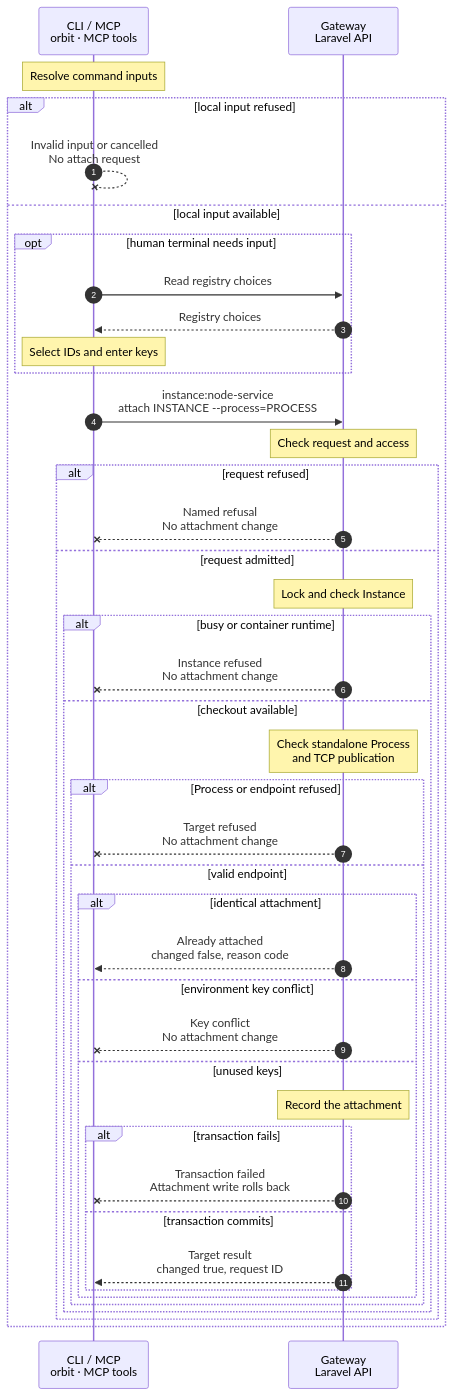
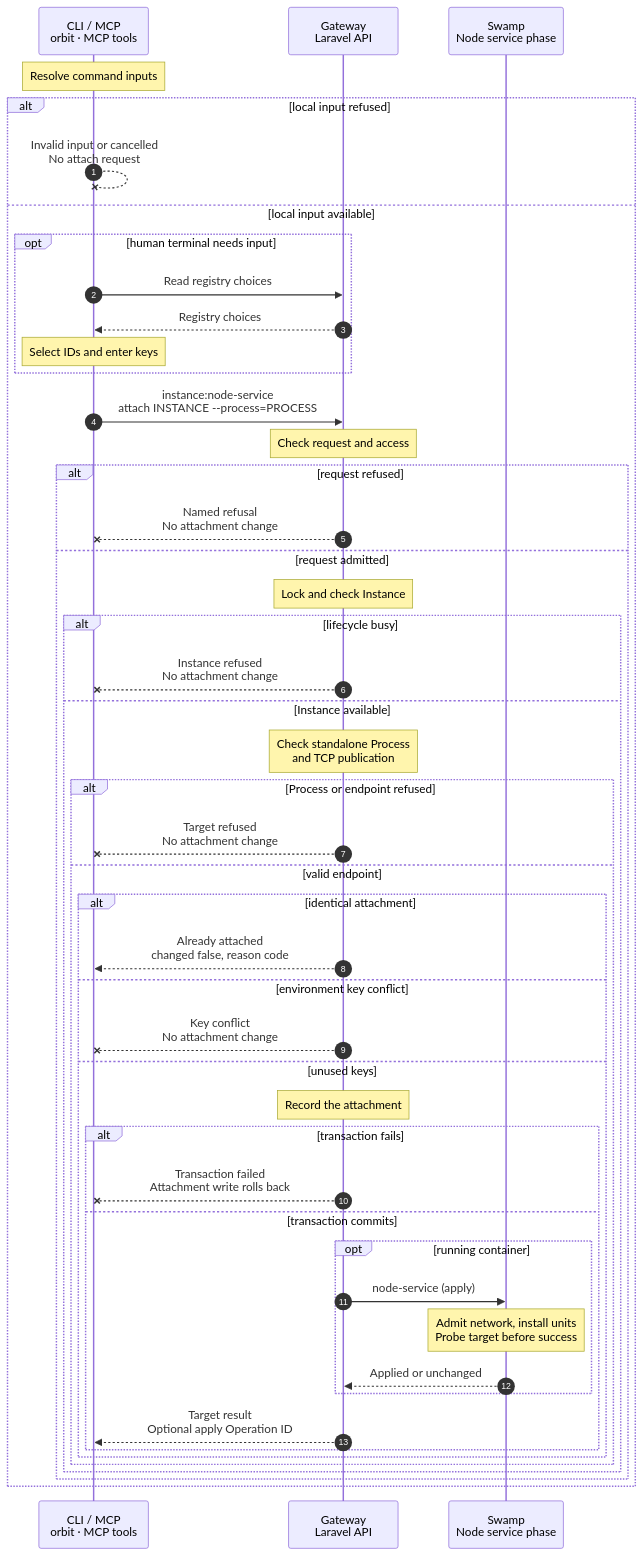
The diagram in docs/cli/instance/node-service-attach.mmd (hardimpactdev/orbit), drawn with Mermaid before and after one commit. The commit also changed 5 other files, not shown here.

Commit message:
docs: specify scoped Node service target access

```diff
--- a/docs/cli/instance/node-service-attach.mmd
+++ b/docs/cli/instance/node-service-attach.mmd
@@ -1,77 +1,84 @@
 sequenceDiagram
-  %% Record-only attachment: recorded Process intent, no Node execution.
+  %% Recorded attachment; a container applies its own network and loopback proxy.
   %% status: draft
   %% command: instance:node-service:attach
   %% kind: instance.node_service_attach
   autonumber
   %% lane CLI icon=terminal pill=caller tone=gray
   %% lane GW icon=gateway pill=intent tone=blue
   participant CLI as CLI / MCP<br/>orbit · MCP tools
   participant GW as Gateway<br/>Laravel API
+  participant SW as Swamp<br/>Node service phase
   Note over CLI: Resolve command inputs
   alt local input refused
     CLI--xCLI: Invalid input or cancelled<br/>No attach request
     %%> On failure:
     %%> - instance.id_invalid refuses an invalid supplied or missing noninteractive Instance ID, or an empty Instance list after the registry GET; no mutation request is sent.
     %%> - instance.node_service_process_required refuses a missing noninteractive Process ID, or an empty Node Process list after its registry GET; no mutation request is sent.
     %%> - instance.node_service_host_key_required and instance.node_service_port_key_required refuse omitted key names only in JSON or noninteractive mode.
     %%> - validation.failed refuses an invalid supplied Process ID or port, including an explicitly empty port.
     %%> - input.cancelled ends a cancelled terminal selection or text prompt before mutation.
     %%> - State stays unchanged. Invalid supplied IDs or port and missing noninteractive inputs send no request. Terminal cancellation or empty choices can follow registry reads.
   else local input available
     opt human terminal needs input
       CLI->>GW: Read registry choices
       GW-->>CLI: Registry choices
       Note over CLI: Select IDs and enter keys
       %%> When:
       %%> - Omitted IDs use registry data lists; omitted environment keys use validated text prompts. Reads may refuse without an attachment change.
     end
     CLI->>GW: instance:node-service<br/>attach INSTANCE --process=PROCESS
     %%> Command:
     %%> - orbit instance:node-service:attach INSTANCE --process=PROCESS --host-env-key=KEY --port-env-key=KEY
     %%> - syntax: instance:node-service:attach
     Note over GW: Check request and access
     %%> On failure:
     %%> - peer.identity_unknown, node_access.required or http.404 refuses the caller or numeric Instance.
     %%> - validation.failed refuses invalid body fields or environment keys.
     alt request refused
       GW--xCLI: Named refusal<br/>No attachment change
     else request admitted
       Note over GW: Lock and check Instance
-      alt busy or container runtime
+      alt lifecycle busy
         GW--xCLI: Instance refused<br/>No attachment change
         %%> On failure:
         %%> - instance.lifecycle_busy refuses an inactive Instance, running migration or detach.
-        %%> - instance.node_service_runtime_unsupported refuses an existing container runtime.
-      else checkout available
+      else Instance available
         Note over GW: Check standalone Process<br/>and TCP publication
         %%> Why:
         %%> - Admission uses recorded ownership, desired state and Docker publication; it contacts no Node.
         alt Process or endpoint refused
           GW--xCLI: Target refused<br/>No attachment change
           %%> On failure:
           %%> - instance.node_service_process_missing, instance.node_service_remote_node and instance.node_service_process_owned refuse an unknown, non-Node, remote or service-owned Process.
           %%> - instance.node_service_protocol_unsupported and instance.node_service_process_stopped refuse non-TCP or desired-stopped targets.
           %%> - instance.node_service_port_required and instance.node_service_port_unpublished refuse an omitted choice among several ports or an unpublished TCP host port.
           %%> - instance.node_service_port_reserved, instance.host_unavailable and instance.node_service_listener_private refuse infrastructure ports, a missing bridge or private-only binding.
         else valid endpoint
           alt identical attachment
             GW-->>CLI: Already attached<br/>changed false, reason code
             %%> When:
             %%> - The Process, port and both keys match the existing record; its stable skip reason is instance.node_service_target_unchanged.
           else environment key conflict
             GW--xCLI: Key conflict<br/>No attachment change
             %%> On failure:
             %%> - instance.node_service_environment_conflict requires detaching the old record before a correction.
           else unused keys
             Note over GW: Record the attachment
             alt transaction fails
               GW--xCLI: Transaction failed<br/>Attachment write rolls back
             else transaction commits
-              GW-->>CLI: Target result<br/>changed true, request ID
+              opt running container
+                GW->>SW: node-service (apply)
+                Note over SW: Admit network, install units<br/>Probe target before success
+                %%> On failure:
+                %%> - Keep the attachment for a retry; the Operation fails with a bounded reason.
+                SW-->>GW: Applied or unchanged
+              end
+              GW-->>CLI: Target result<br/>Optional apply Operation ID
             end
           end
         end
       end
     end
   end
```
